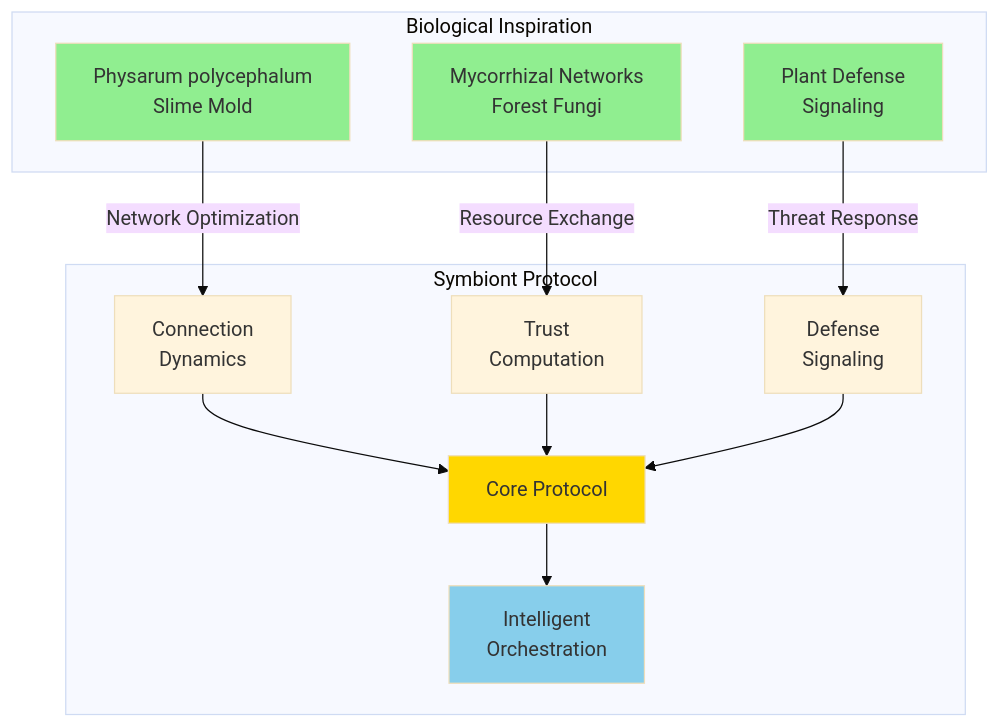
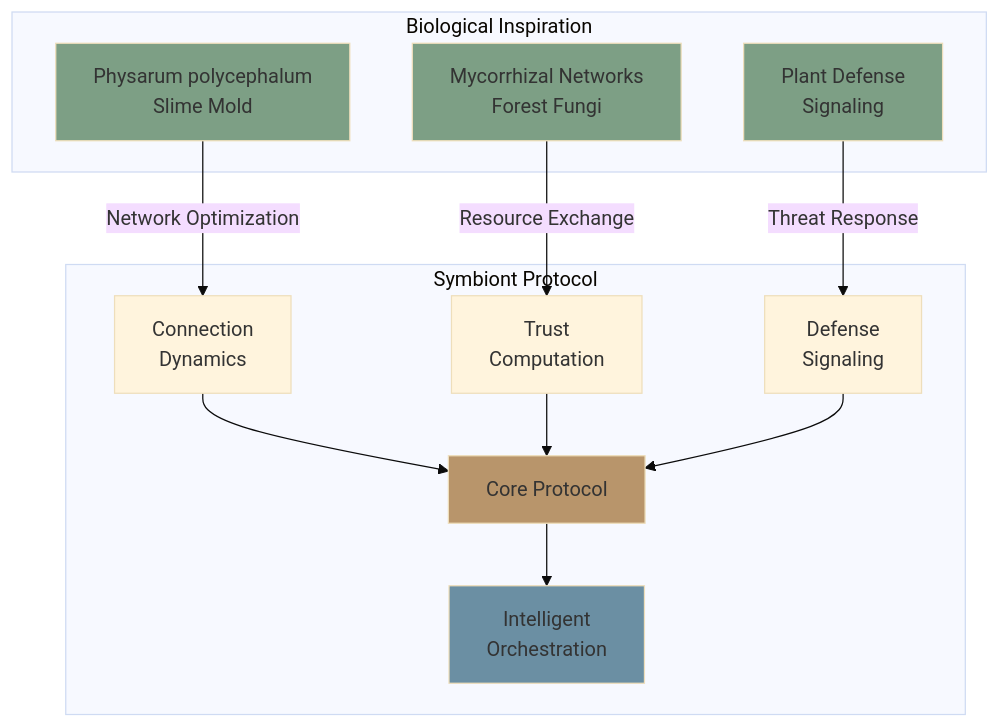
The first of 3 diagrams in README.md (ScopeCreep-zip/Symbiont), drawn with Mermaid (base theme) before and after one commit. The commit also changed other lines of this file and 17 other files, not shown here.

Commit message:
update to diagram colors

````diff
--- a/README.md
+++ b/README.md
@@ -17,31 +17,31 @@
 ```mermaid
 graph TB
     subgraph "Biological Inspiration"
         BIO1[Physarum polycephalum<br/>Slime Mold]
         BIO2[Mycorrhizal Networks<br/>Forest Fungi]
         BIO3[Plant Defense<br/>Signaling]
     end
 
     subgraph "Symbiont Protocol"
         CONN[Connection<br/>Dynamics]
         TRUST[Trust<br/>Computation]
         DEF[Defense<br/>Signaling]
         CORE[Core Protocol]
         ORCH[Intelligent<br/>Orchestration]
     end
 
     BIO1 -->|Network Optimization| CONN
     BIO2 -->|Resource Exchange| TRUST
     BIO3 -->|Threat Response| DEF
 
     CONN --> CORE
     TRUST --> CORE
     DEF --> CORE
     CORE --> ORCH
 
-    style BIO1 fill:#90EE90
-    style BIO2 fill:#90EE90
-    style BIO3 fill:#90EE90
-    style CORE fill:#FFD700
-    style ORCH fill:#87CEEB
+    style BIO1 fill:#7d9f85
+    style BIO2 fill:#7d9f85
+    style BIO3 fill:#7d9f85
+    style CORE fill:#b8956b
+    style ORCH fill:#6b8fa3
 ```
````
